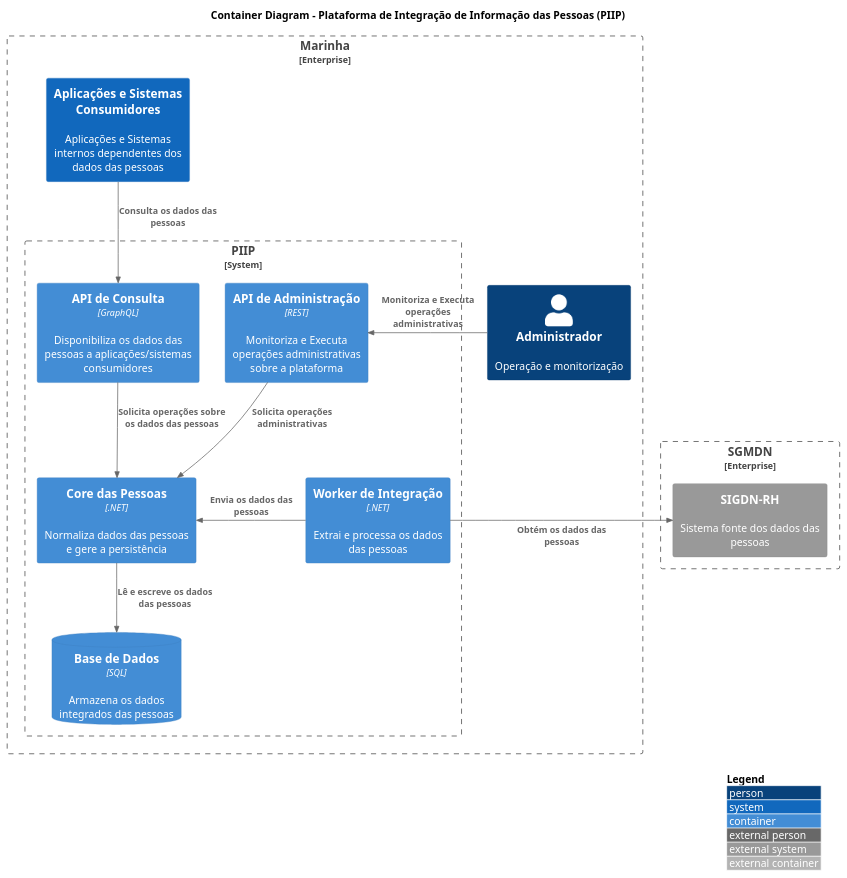
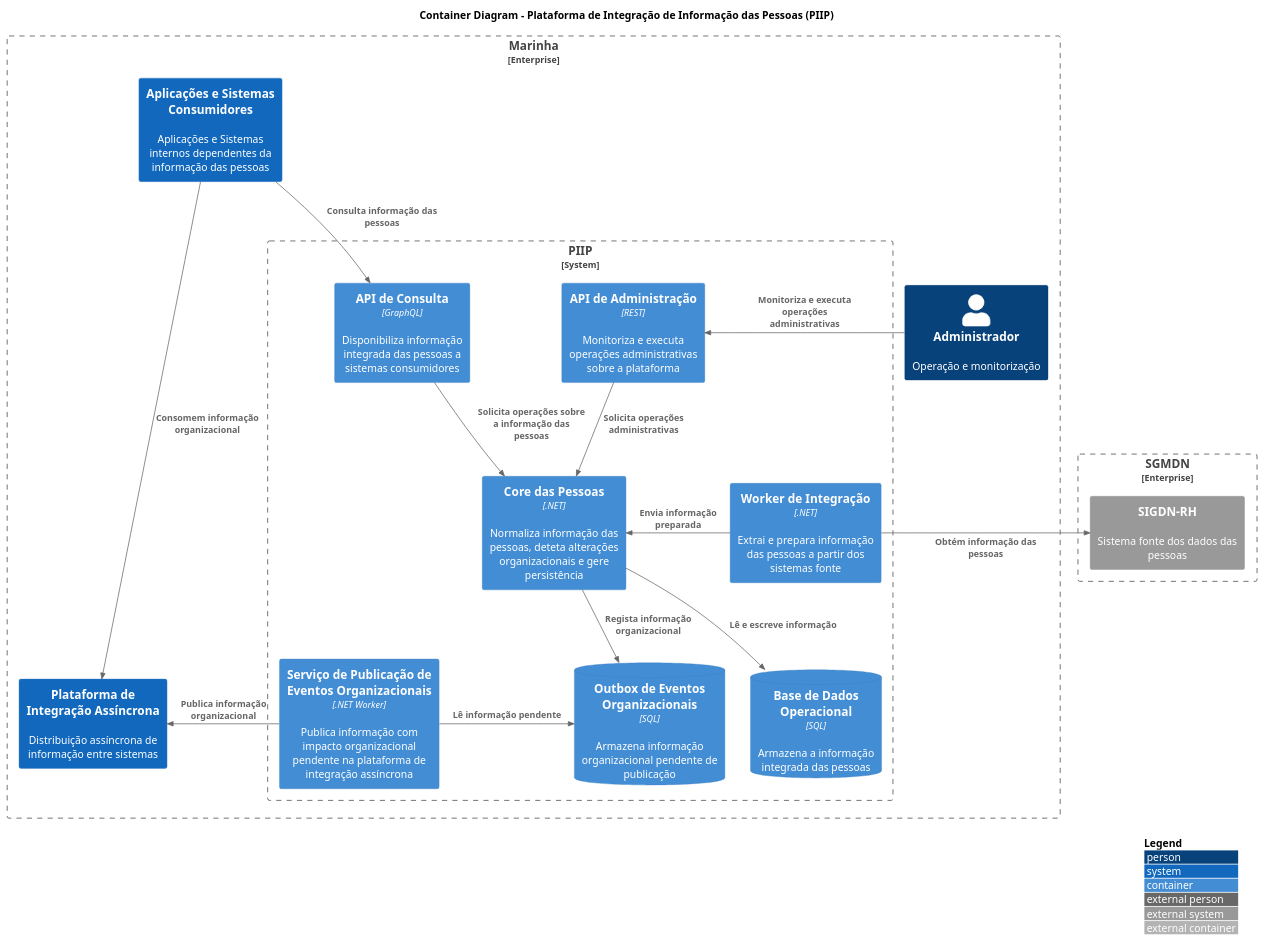
One commit to Raimundo82/pessoas-integracao changed the diagram in docs/c4/container.md. Above: the diagram before and after it, drawn with PlantUML.

Commit message:
docs: add broker to c4 container

````diff
--- a/docs/c4/container.md
+++ b/docs/c4/container.md
@@ -3,32 +3,62 @@
 ```plantuml
 @startuml
 !include https://raw.githubusercontent.com/plantuml-stdlib/C4-PlantUML/master/C4_Container.puml
 
 LAYOUT_WITH_LEGEND()
 
 title Container Diagram - Plataforma de Integração de Informação das Pessoas (PIIP)
+
 Enterprise_Boundary(marinha, "Marinha") {
+
     Person(admin, "Administrador", "Operação e monitorização")
-    System(consumidores, "Aplicações e Sistemas Consumidores", "Aplicações e Sistemas internos dependentes dos dados das pessoas")
+
+    System(consumidores, "Aplicações e Sistemas Consumidores", "Aplicações e Sistemas internos dependentes da informação das pessoas")
+
+    System(broker, "Plataforma de Integração Assíncrona", "Distribuição assíncrona de informação entre sistemas")
+
     System_Boundary(pessoas_integracao, "PIIP") {
-        Container(api_admin, "API de Administração", "REST", "Monitoriza e Executa operações administrativas sobre a plataforma")
-        Container(api_consulta, "API de Consulta", "GraphQL", "Disponibiliza os dados das pessoas a aplicações/sistemas consumidores")
-        Container(core, "Core das Pessoas", ".NET", "Normaliza dados das pessoas e gere a persistência")
-        Container(worker, "Worker de Integração", ".NET", "Extrai e processa os dados das pessoas")
-        ContainerDb(db, "Base de Dados", "SQL", "Armazena os dados integrados das pessoas")
+
+        Container(api_admin, "API de Administração", "REST", "Monitoriza e executa operações administrativas sobre a plataforma")
+
+        Container(api_consulta, "API de Consulta", "GraphQL", "Disponibiliza informação integrada das pessoas a sistemas consumidores")
+
+        Container(core, "Core das Pessoas", ".NET", "Normaliza informação das pessoas, deteta alterações organizacionais e gere persistência")
+
+        Container(worker, "Worker de Integração", ".NET", "Extrai e prepara informação das pessoas a partir dos sistemas fonte")
+
+        Container(publisher, "Serviço de Publicação de Eventos Organizacionais", ".NET Worker", "Publica informação com impacto organizacional pendente na plataforma de integração assíncrona")
+
+        ContainerDb(db, "Base de Dados Operacional", "SQL", "Armazena a informação integrada das pessoas")
+
+        ContainerDb(outbox, "Outbox de Eventos Organizacionais", "SQL", "Armazena informação organizacional pendente de publicação")
     }
 }
 
 Enterprise_Boundary(sgmdn, "SGMDN") {
     System_Ext(sigdn_rh, "SIGDN-RH", "Sistema fonte dos dados das pessoas")
 }
 
-Rel_D(consumidores, api_consulta, "Consulta os dados das pessoas")
-Rel_R(admin, api_admin, "Monitoriza e Executa operações administrativas")
-Rel_D(api_consulta, core, "Solicita operações sobre os dados das pessoas")
+Rel_D(consumidores, api_consulta, "Consulta informação das pessoas")
+
+Rel_R(admin, api_admin, "Monitoriza e executa operações administrativas")
+
+Rel_D(api_consulta, core, "Solicita operações sobre a informação das pessoas")
+
 Rel_D(api_admin, core, "Solicita operações administrativas")
-Rel_R(worker, sigdn_rh, "Obtém os dados das pessoas")
-Rel_L(worker, core, "Envia os dados das pessoas")
-Rel_D(core, db, "Lê e escreve os dados das pessoas")
+
+Rel_R(worker, sigdn_rh, "Obtém informação das pessoas")
+
+Rel_L(worker, core, "Envia informação preparada")
+
+Rel_D(core, db, "Lê e escreve informação")
+
+Rel_D(core, outbox, "Regista informação organizacional")
+
+Rel_R(publisher, outbox, "Lê informação pendente")
+
+Rel_R(publisher, broker, "Publica informação organizacional")
+
+Rel(consumidores, broker, "Consomem informação organizacional")
+
 @enduml
 ```
````
